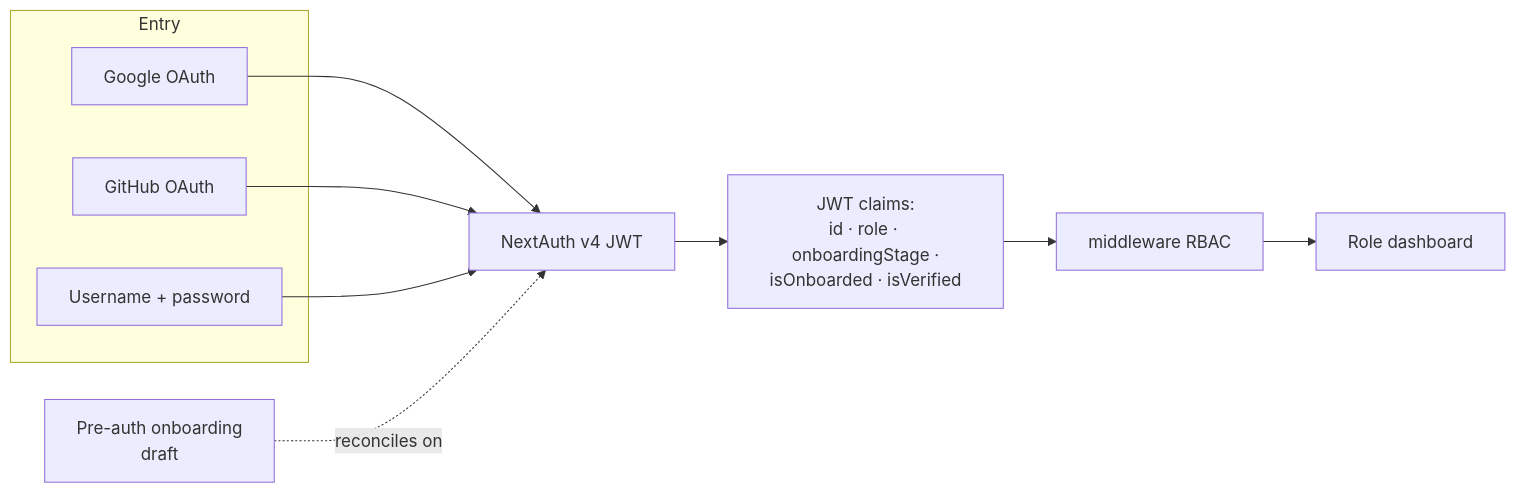
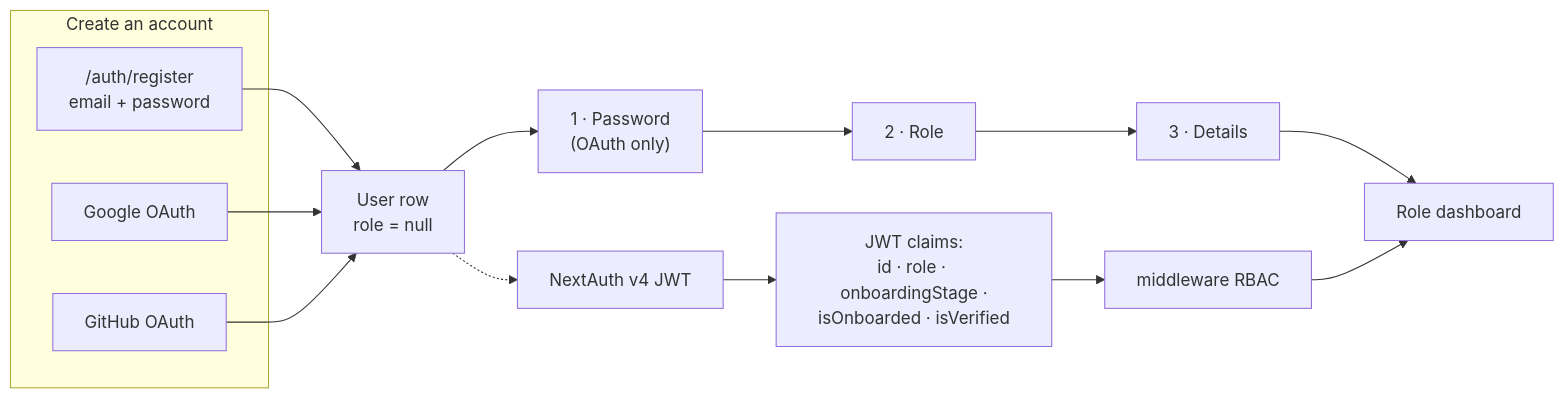
The ninth of 9 diagrams in README.md (JafarHussein/umoja-hub), drawn with Mermaid before and after one commit. The commit also changed other lines of this file and 2 other files, not shown here.

First line of the commit message:
docs: rebuild the interview script around the new-user journey

````diff
--- a/README.md
+++ b/README.md
@@ -504,13 +504,18 @@
 ```mermaid
 flowchart LR
-  subgraph Entry
+  subgraph Create an account
+    R["/auth/register<br/>email + password"]
     G[Google OAuth]
     GH[GitHub OAuth]
-    C[Username + password]
   end
-  G & GH & C --> NA[NextAuth v4 JWT]
-  PRE[Pre-auth onboarding<br/>draft] -. reconciles on .-> NA
-  NA --> JWT[JWT claims:<br/>id · role · onboardingStage ·<br/>isOnboarded · isVerified]
+  R --> ACC[User row<br/>role = null]
+  G & GH --> ACC
+  ACC --> F1["1 · Password<br/>(OAuth only)"]
+  F1 --> F2[2 · Role]
+  F2 --> F3[3 · Details]
+  F3 --> DASH[Role dashboard]
+  ACC -.-> NA[NextAuth v4 JWT]
+  NA --> JWT["JWT claims:<br/>id · role · onboardingStage ·<br/>isOnboarded · isVerified"]
   JWT --> MW[middleware RBAC]
-  MW --> DASH[Role dashboard]
+  MW --> DASH
 ```
````
